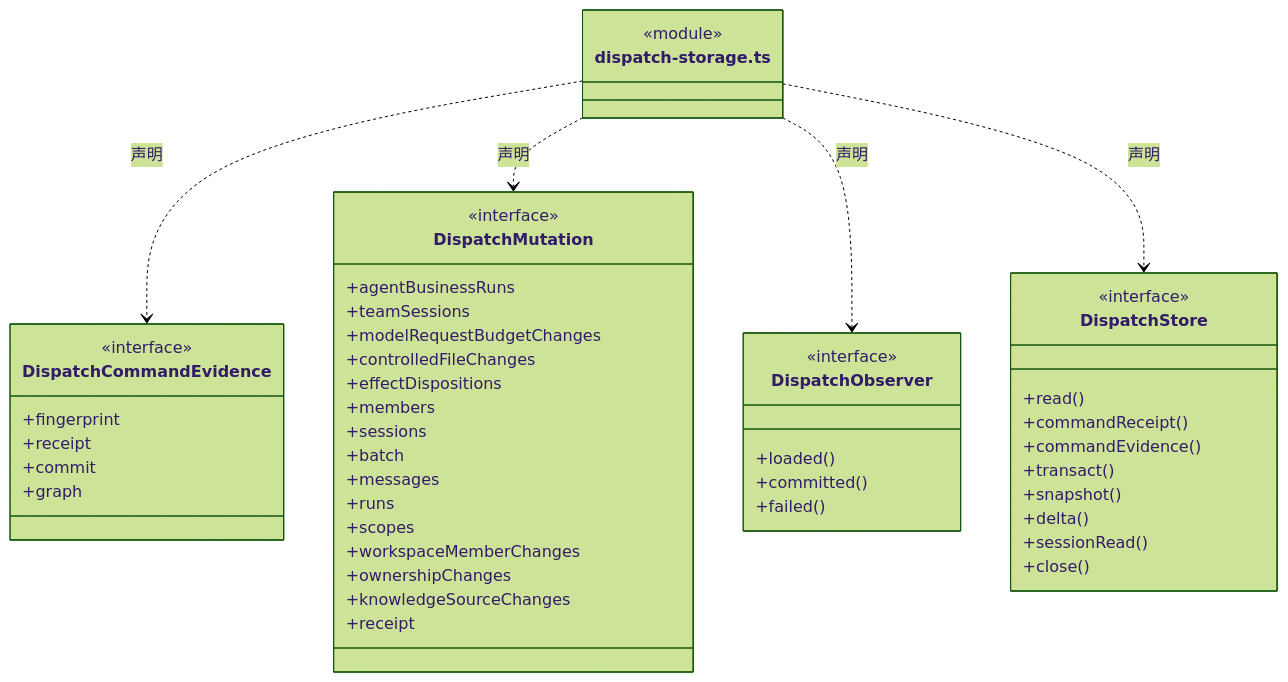
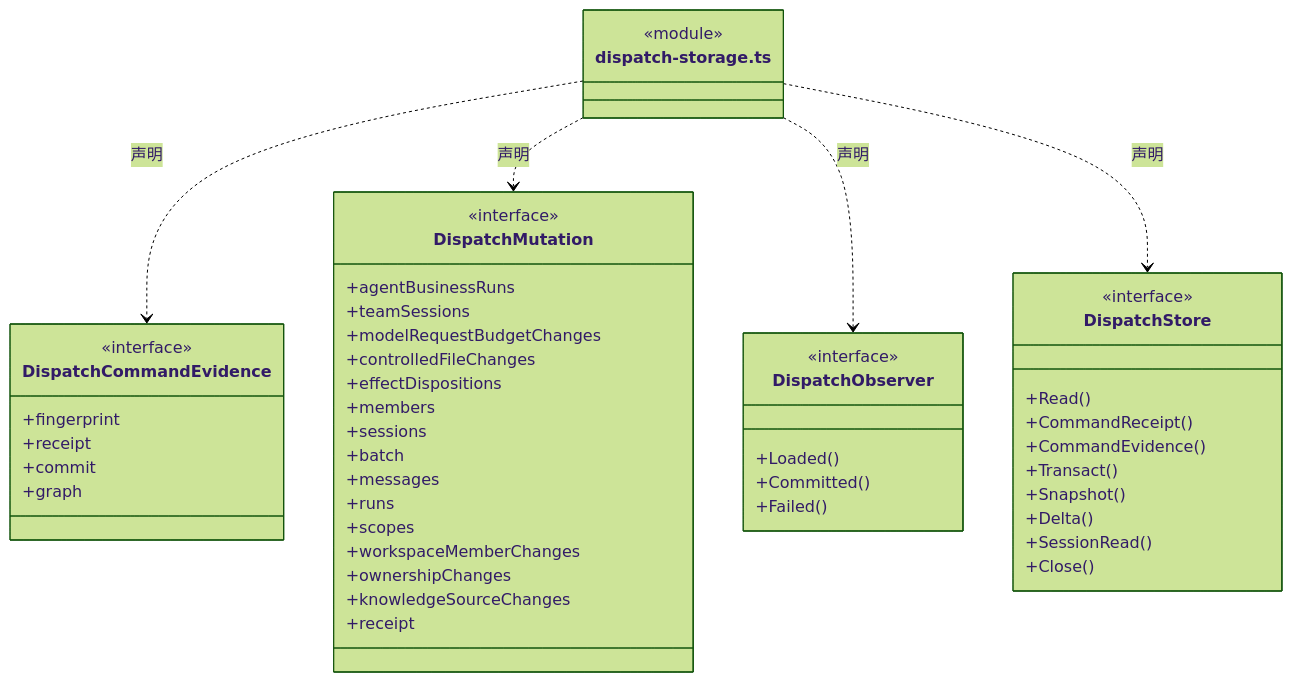
The fourth of 4 diagrams in src/logic/dispatch/rules/ARCHITECTURE.md (nan023062/cbim), drawn with Mermaid (forest theme) before and after one commit. The commit also changed 1035 other files, not shown here.

````diff
--- a/src/logic/dispatch/rules/ARCHITECTURE.md
+++ b/src/logic/dispatch/rules/ARCHITECTURE.md
@@ -140,52 +140,52 @@
 ```mermaid
 classDiagram
 class N_src_logic_dispatch_rules_dispatch_storage_ts["dispatch-storage.ts"] {
   <<module>>
 }
 class N_src_logic_dispatch_rules_dispatch_storage_ts_DispatchCommandEvidence["DispatchCommandEvidence"] {
   <<interface>>
   +fingerprint
   +receipt
   +commit
   +graph
 }
 N_src_logic_dispatch_rules_dispatch_storage_ts ..> N_src_logic_dispatch_rules_dispatch_storage_ts_DispatchCommandEvidence : 声明
 class N_src_logic_dispatch_rules_dispatch_storage_ts_DispatchMutation["DispatchMutation"] {
   <<interface>>
   +agentBusinessRuns
   +teamSessions
   +modelRequestBudgetChanges
   +controlledFileChanges
   +effectDispositions
   +members
   +sessions
   +batch
   +messages
   +runs
   +scopes
   +workspaceMemberChanges
   +ownershipChanges
   +knowledgeSourceChanges
   +receipt
 }
 N_src_logic_dispatch_rules_dispatch_storage_ts ..> N_src_logic_dispatch_rules_dispatch_storage_ts_DispatchMutation : 声明
 class N_src_logic_dispatch_rules_dispatch_storage_ts_DispatchObserver["DispatchObserver"] {
   <<interface>>
-  +loaded()
-  +committed()
-  +failed()
+  +Loaded()
+  +Committed()
+  +Failed()
 }
 N_src_logic_dispatch_rules_dispatch_storage_ts ..> N_src_logic_dispatch_rules_dispatch_storage_ts_DispatchObserver : 声明
 class N_src_logic_dispatch_rules_dispatch_storage_ts_DispatchStore["DispatchStore"] {
   <<interface>>
-  +read()
-  +commandReceipt()
-  +commandEvidence()
-  +transact()
-  +snapshot()
-  +delta()
-  +sessionRead()
-  +close()
+  +Read()
+  +CommandReceipt()
+  +CommandEvidence()
+  +Transact()
+  +Snapshot()
+  +Delta()
+  +SessionRead()
+  +Close()
 }
 N_src_logic_dispatch_rules_dispatch_storage_ts ..> N_src_logic_dispatch_rules_dispatch_storage_ts_DispatchStore : 声明
 ```
````
